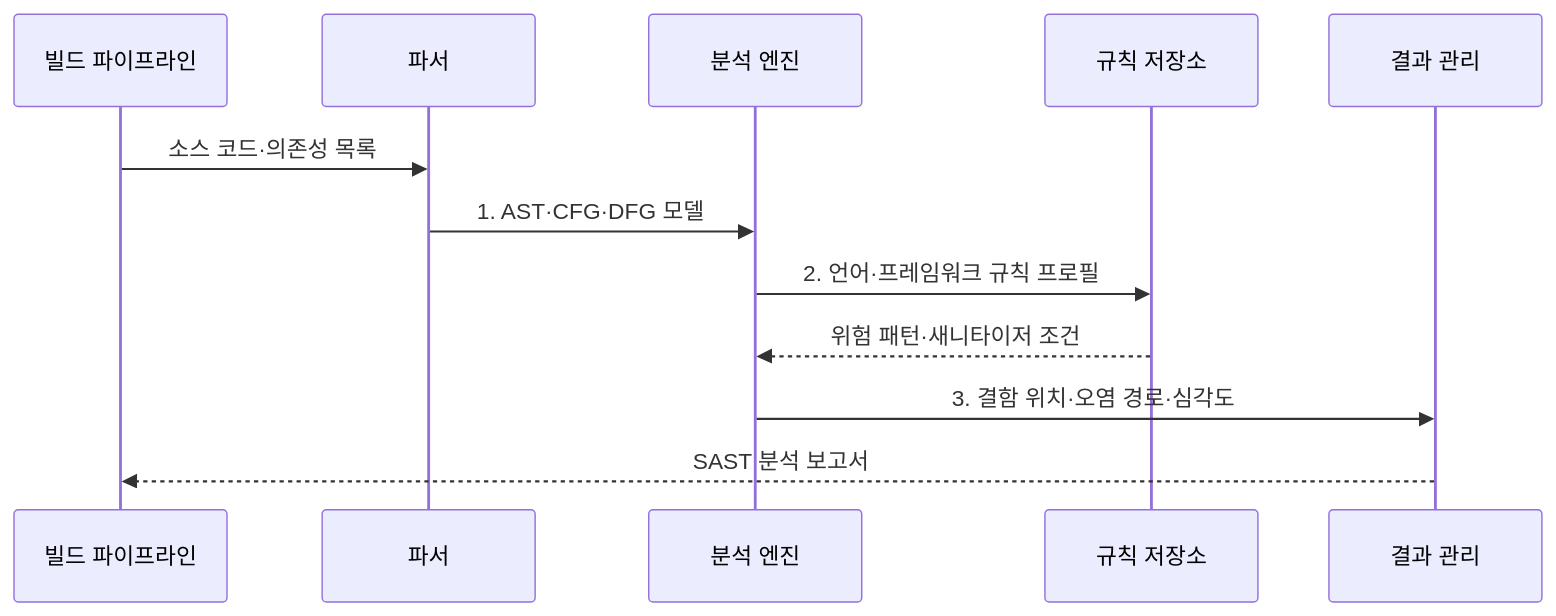
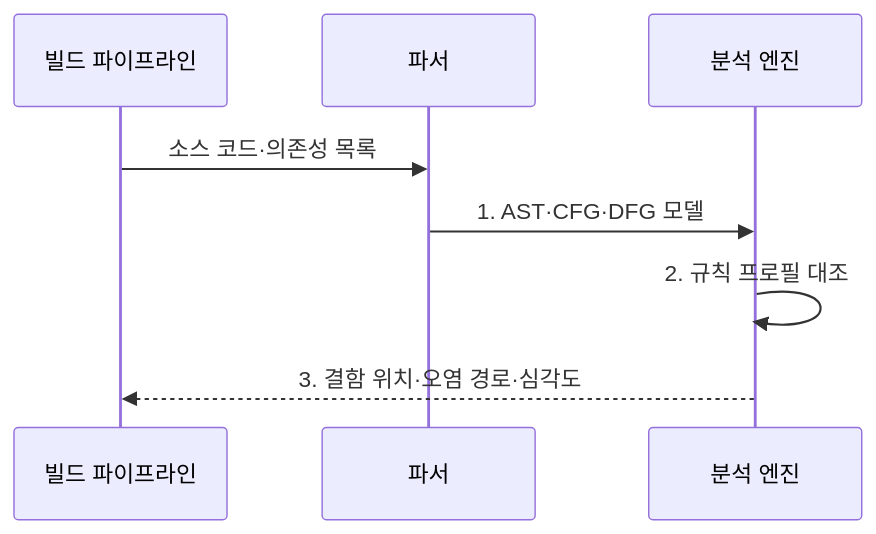
One commit to agnusdei1207/knowledge-base changed the second of 2 diagrams in src/content/docs/notes/03-software/067_static_application_security_testing.md. Above: the diagram before and after it, drawn with Mermaid. The commit also changed other lines of this file and 8 other files, not shown here.

Commit message:
Clarify software quality diagrams

````diff
--- a/src/content/docs/notes/03-software/067_static_application_security_testing.md
+++ b/src/content/docs/notes/03-software/067_static_application_security_testing.md
@@ -105,14 +105,10 @@
 ```mermaid
 sequenceDiagram
     participant B as 빌드 파이프라인
     participant P as 파서
     participant A as 분석 엔진
-    participant R as 규칙 저장소
-    participant G as 결과 관리
     B->>P: 소스 코드·의존성 목록
     P->>A: 1. AST·CFG·DFG 모델
-    A->>R: 2. 언어·프레임워크 규칙 프로필
-    R-->>A: 위험 패턴·새니타이저 조건
-    A->>G: 3. 결함 위치·오염 경로·심각도
-    G-->>B: SAST 분석 보고서
+    A->>A: 2. 규칙 프로필 대조
+    A-->>B: 3. 결함 위치·오염 경로·심각도
 ```
````
